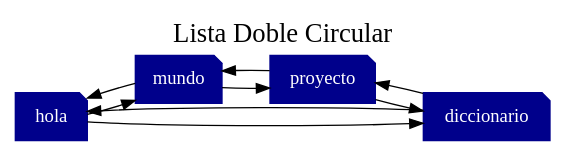
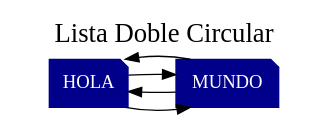
The diagram in EDD_1S2020_PY1_201801237/DiccionarioLDC.dot (JoseMorente98/EDD-Proyecto-1), drawn with Graphviz before and after one commit. The commit also changed 58 other files, not shown here.

```diff
--- a/EDD_1S2020_PY1_201801237/DiccionarioLDC.dot
+++ b/EDD_1S2020_PY1_201801237/DiccionarioLDC.dot
@@ -1,17 +1,11 @@
 digraph DiccionarioListaDobleCircular {rankdir=LR
 	node[shape = note];
 	graph[label = "Lista Doble Circular", labelloc = t, fontsize = 20];
 	node[shape = note,fontcolor = white,style = filled,color = blue4];
-	Object0 [label = "hola"];
-	Object1 [label = "mundo"];
-	Object2 [label = "proyecto"];
-	Object3 [label = "diccionario"];
+	Object0 [label = "HOLA"];
+	Object1 [label = "MUNDO"];
 	Object0->Object1;
 	Object1->Object0;
-	Object1->Object2;
-	Object2->Object1;
-	Object2->Object3;
-	Object3->Object2;
-	Object0->Object3;
-	Object3->Object0;
+	Object0->Object1;
+	Object1->Object0;
 }
```
